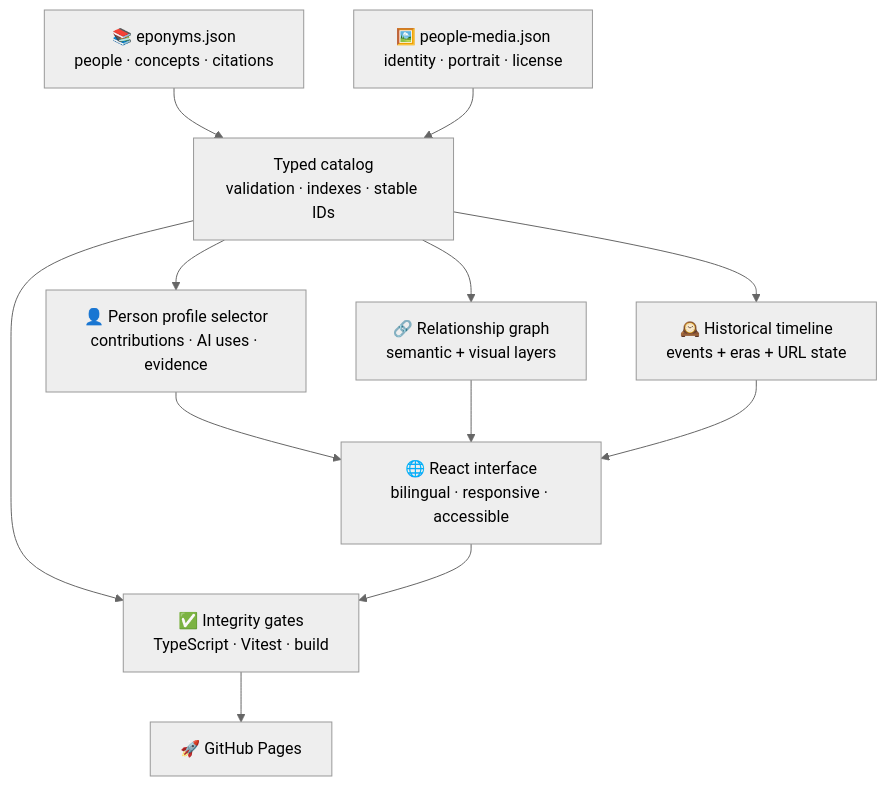
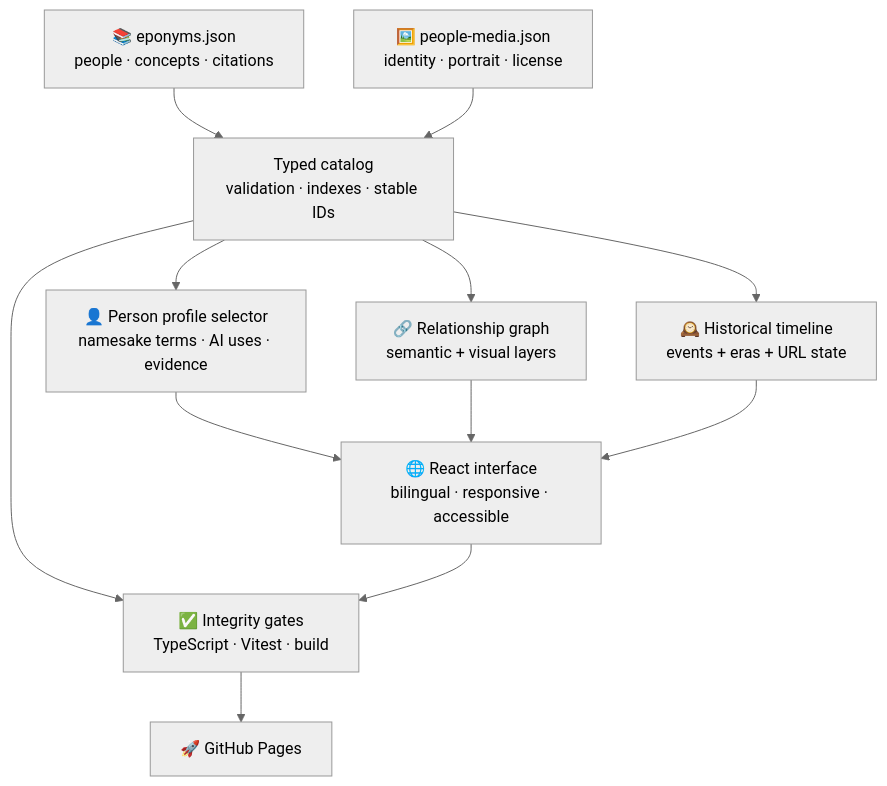
Before and after one commit to ChaoYue0307/ai-eponym-atlas: the second of 2 diagrams in README.md, drawn with Mermaid (neutral theme). The commit also changed other lines of this file and 35 other files, not shown here.

````diff
--- a/README.md
+++ b/README.md
@@ -232,24 +245,24 @@
 ```mermaid
 flowchart TD
     E["📚 eponyms.json<br/>people · concepts · citations"]
     P["🖼️ people-media.json<br/>identity · portrait · license"]
     C["Typed catalog<br/>validation · indexes · stable IDs"]
-    R["👤 Person profile selector<br/>contributions · AI uses · evidence"]
+    R["👤 Person profile selector<br/>namesake terms · AI uses · evidence"]
     G["🔗 Relationship graph<br/>semantic + visual layers"]
     T["🕰️ Historical timeline<br/>events + eras + URL state"]
     U["🌐 React interface<br/>bilingual · responsive · accessible"]
     Q["✅ Integrity gates<br/>TypeScript · Vitest · build"]
     D["🚀 GitHub Pages"]
 
     E --> C
     P --> C
     C --> R
     C --> G
     C --> T
     R --> U
     G --> U
     T --> U
     C --> Q
     U --> Q
     Q --> D
 ```
````
